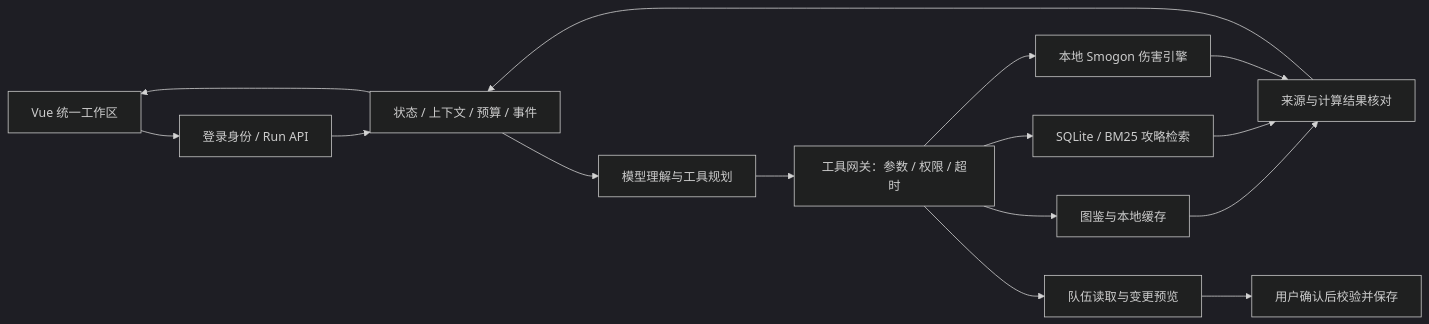
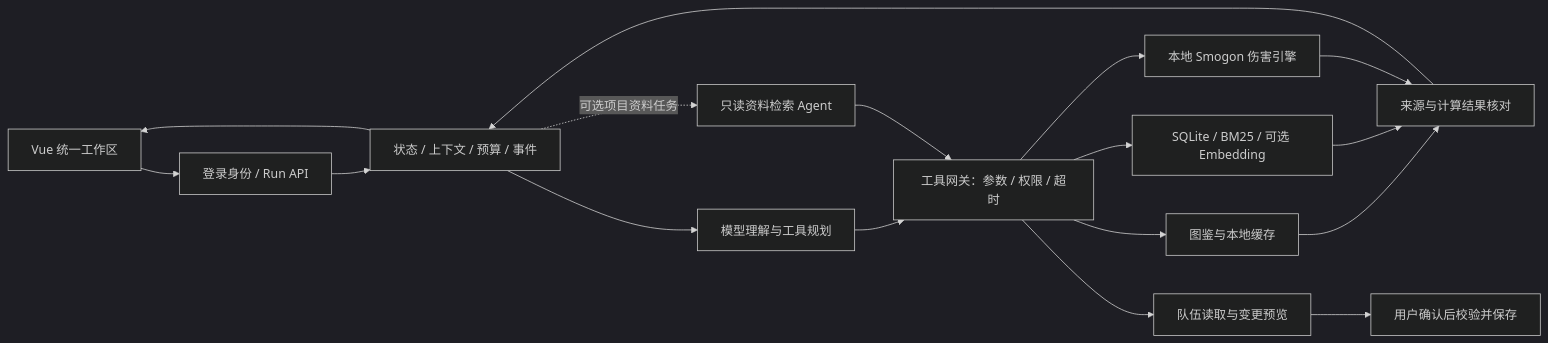
Before and after one commit to vioabio/AI-Agent: the diagram in README.md, drawn with Mermaid (dark theme). The commit also changed other lines of this file and 37 other files, not shown here.

````diff
--- a/README.md
+++ b/README.md
@@ -24,17 +25,19 @@
 ```mermaid
 flowchart LR
     UI[Vue 统一工作区] --> API[登录身份 / Run API]
     API --> RUN[状态 / 上下文 / 预算 / 事件]
     RUN --> MODEL[模型理解与工具规划]
     MODEL --> GW[工具网关：参数 / 权限 / 超时]
     GW --> DATA[图鉴与本地缓存]
-    GW --> RAG[SQLite / BM25 攻略检索]
+    RUN -. 可选项目资料任务 .-> RESEARCH[只读资料检索 Agent]
+    RESEARCH --> GW
+    GW --> RAG[SQLite / BM25 / 可选 Embedding]
     GW --> CALC[本地 Smogon 伤害引擎]
     GW --> TEAM[队伍读取与变更预览]
     TEAM --> CONFIRM[用户确认后校验并保存]
     DATA --> CHECK[来源与计算结果核对]
     RAG --> CHECK
     CALC --> CHECK
     CHECK --> RUN
     RUN --> UI
 ```
````
